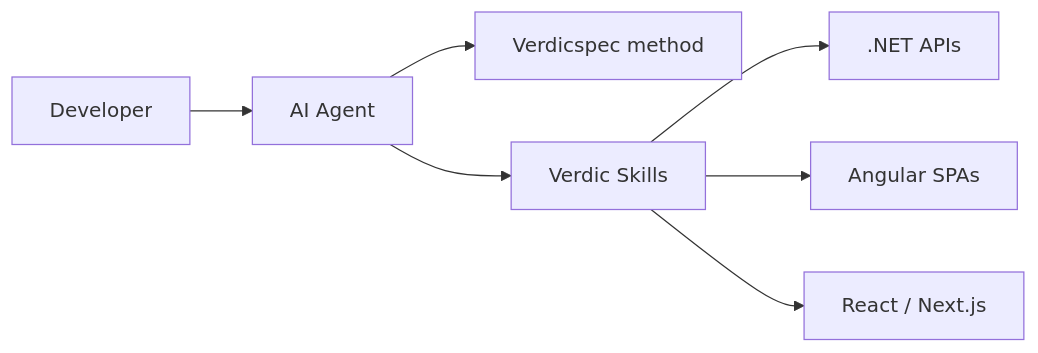
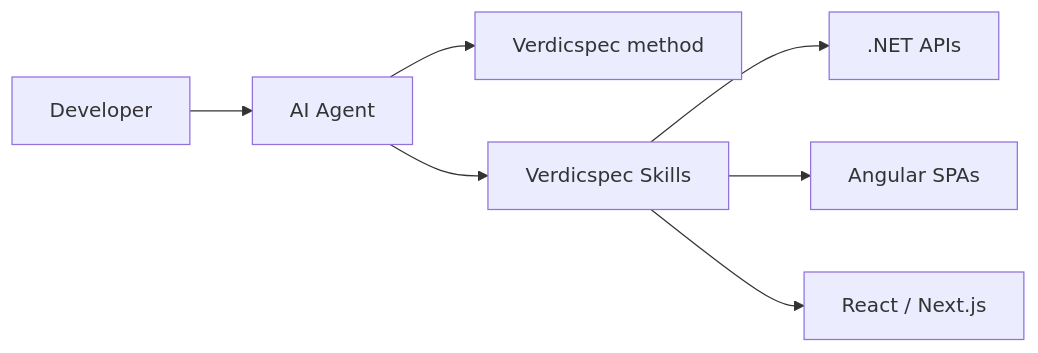
Before and after one commit to luismpenholato/verdic-skills: the diagram in README.md, drawn with Mermaid. The commit also changed other lines of this file and 1 other file, not shown here.

Commit message:
docs: align repo branding with verdicspec-skills rename

````diff
--- a/README.md
+++ b/README.md
@@ -19,9 +19,9 @@
 ```mermaid
 flowchart LR
     Developer --> Agent[AI Agent]
     Agent --> Method[Verdicspec method]
-    Agent --> Skills[Verdic Skills]
+    Agent --> Skills[Verdicspec Skills]
     Skills --> DotNet[.NET APIs]
     Skills --> Angular[Angular SPAs]
     Skills --> React[React / Next.js]
 ```
````
